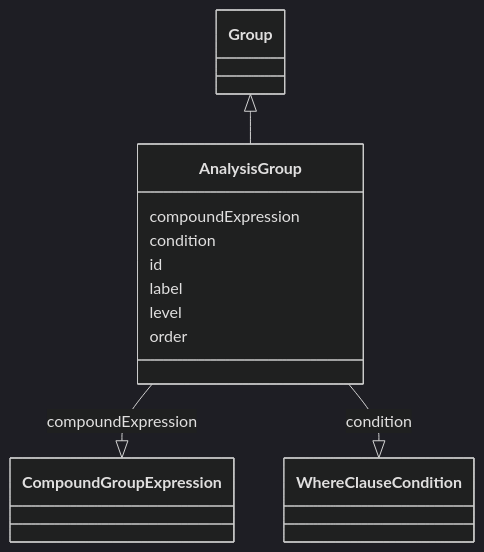
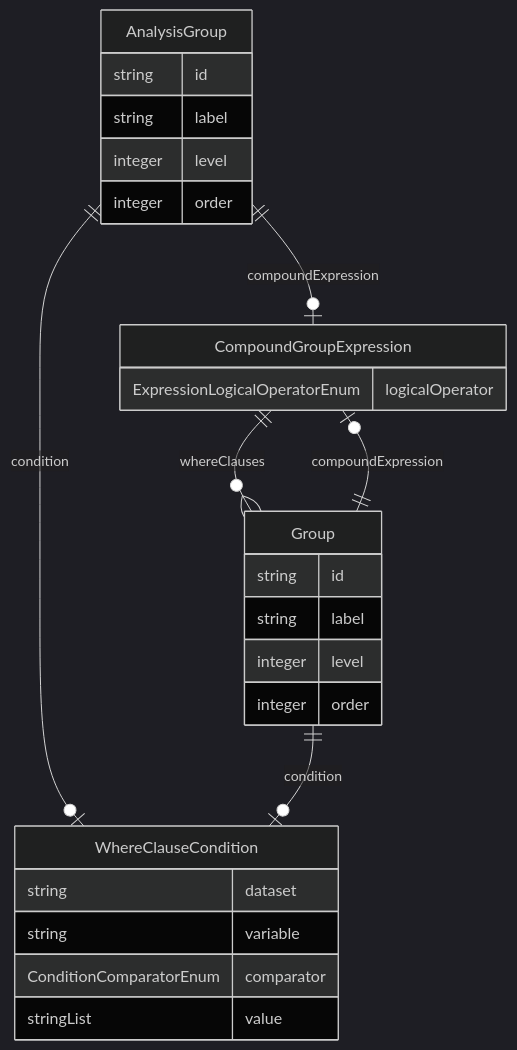
Before and after one commit to cdisc-org/analysis-results-standard: the diagram in project/docs/AnalysisGroup.md, drawn with Mermaid (dark theme). The commit also changed 131 other files, not shown here.

Commit message:
Add top-level diagram to documentation

````diff
--- a/project/docs/AnalysisGroup.md
+++ b/project/docs/AnalysisGroup.md
@@ -14,23 +13,31 @@
 ```mermaid
- classDiagram
-    class AnalysisGroup
-      Group <|-- AnalysisGroup
-      
-      AnalysisGroup : compoundExpression
-        
-          AnalysisGroup --|> CompoundGroupExpression : compoundExpression
-        
-      AnalysisGroup : condition
-        
-          AnalysisGroup --|> WhereClauseCondition : condition
-        
-      AnalysisGroup : id
-        
-      AnalysisGroup : label
-        
-      AnalysisGroup : level
-        
-      AnalysisGroup : order
-        
-      
+erDiagram
+AnalysisGroup {
+    string id  
+    string label  
+    integer level  
+    integer order  
+}
+CompoundGroupExpression {
+    ExpressionLogicalOperatorEnum logicalOperator  
+}
+Group {
+    string id  
+    string label  
+    integer level  
+    integer order  
+}
+WhereClauseCondition {
+    string dataset  
+    string variable  
+    ConditionComparatorEnum comparator  
+    stringList value  
+}
+
+AnalysisGroup ||--|o WhereClauseCondition : "condition"
+AnalysisGroup ||--|o CompoundGroupExpression : "compoundExpression"
+CompoundGroupExpression ||--}o Group : "whereClauses"
+Group ||--|o WhereClauseCondition : "condition"
+Group ||--|o CompoundGroupExpression : "compoundExpression"
+
 ```
````
